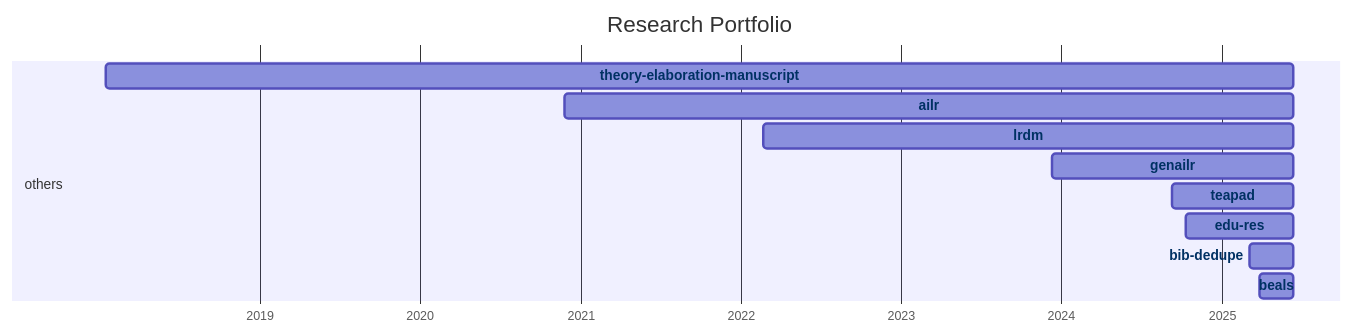
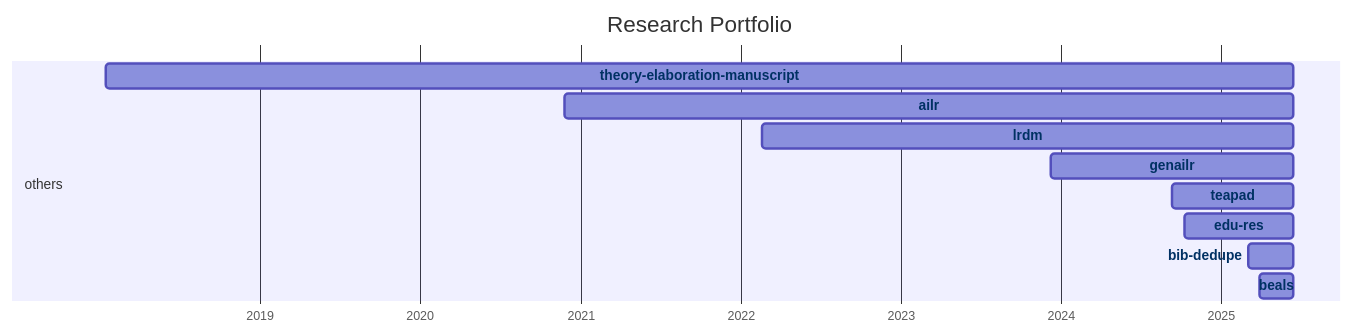
One commit to digital-work-lab/handbook changed the diagram in docs/20-research/25-projects-gantt.md. Above: the diagram before and after it, drawn with Mermaid.

Commit message:
Update repository overview

````diff
--- a/docs/20-research/25-projects-gantt.md
+++ b/docs/20-research/25-projects-gantt.md
@@ -8,35 +8,35 @@
 ```mermaid
 ---
 displayMode: compact
 ---
 gantt
 title Research Portfolio
 dateFormat YYYY-MM-DD
 axisFormat %Y
 
     section work_practices
 
     section distributed_organizing
 
     section knowledge_synthesis
 
     section others
-        beals :beals, 2025-03-28, 2025-06-13
-        bib-dedupe :bib-dedupe, 2025-03-04, 2025-06-13
-        edu-res :edu-res, 2024-10-10, 2025-06-13
-        teapad :teapad, 2024-09-10, 2025-06-13
-        genailr :genailr, 2023-12-10, 2025-06-13
-        lrdm :lrdm, 2022-02-20, 2025-06-13
-        ailr :ailr, 2020-11-26, 2025-06-13
-        theory-elaboration-manuscript :theory-elaboration-manuscript, 2018-01-15, 2025-06-13
+        beals :beals, 2025-03-28, 2025-06-14
+        bib-dedupe :bib-dedupe, 2025-03-04, 2025-06-14
+        edu-res :edu-res, 2024-10-10, 2025-06-14
+        teapad :teapad, 2024-09-10, 2025-06-14
+        genailr :genailr, 2023-12-10, 2025-06-14
+        lrdm :lrdm, 2022-02-20, 2025-06-14
+        ailr :ailr, 2020-11-26, 2025-06-14
+        theory-elaboration-manuscript :theory-elaboration-manuscript, 2018-01-15, 2025-06-14
 
 
     click beals href "{{ site.baseurl }}/docs/20-research/25-projects/_repos/beals"
     click bib-dedupe href "{{ site.baseurl }}/docs/20-research/25-projects/_repos/bib-dedupe"
     click edu-res href "{{ site.baseurl }}/docs/20-research/25-projects/_repos/edu-res"
     click teapad href "{{ site.baseurl }}/docs/20-research/25-projects/_repos/teapad"
     click genailr href "{{ site.baseurl }}/docs/20-research/25-projects/_repos/genailr"
     click lrdm href "{{ site.baseurl }}/docs/20-research/25-projects/_repos/lrdm"
     click ailr href "{{ site.baseurl }}/docs/20-research/25-projects/_repos/ailr"
     click theory-elaboration-manuscript href "{{ site.baseurl }}/docs/20-research/25-projects/_repos/theory-elaboration-manuscript"
 ```
````
